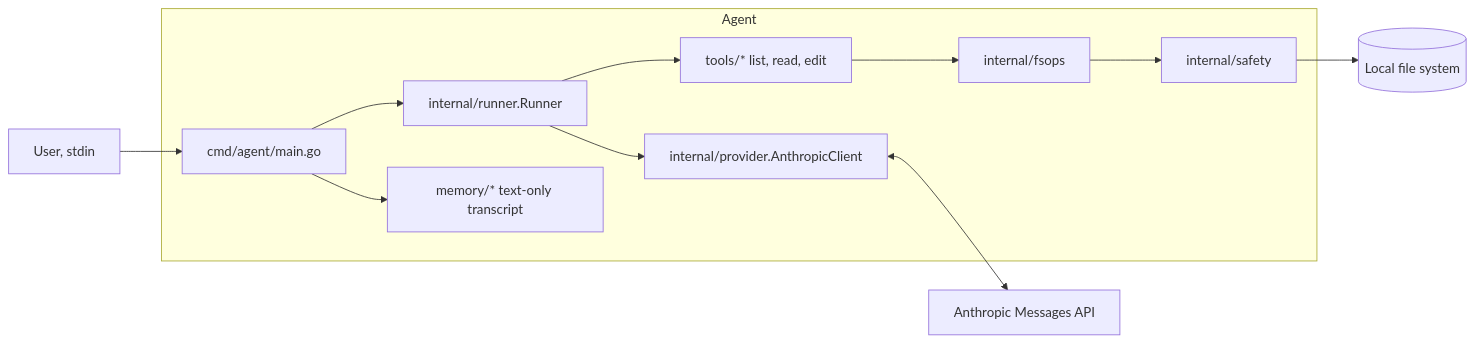
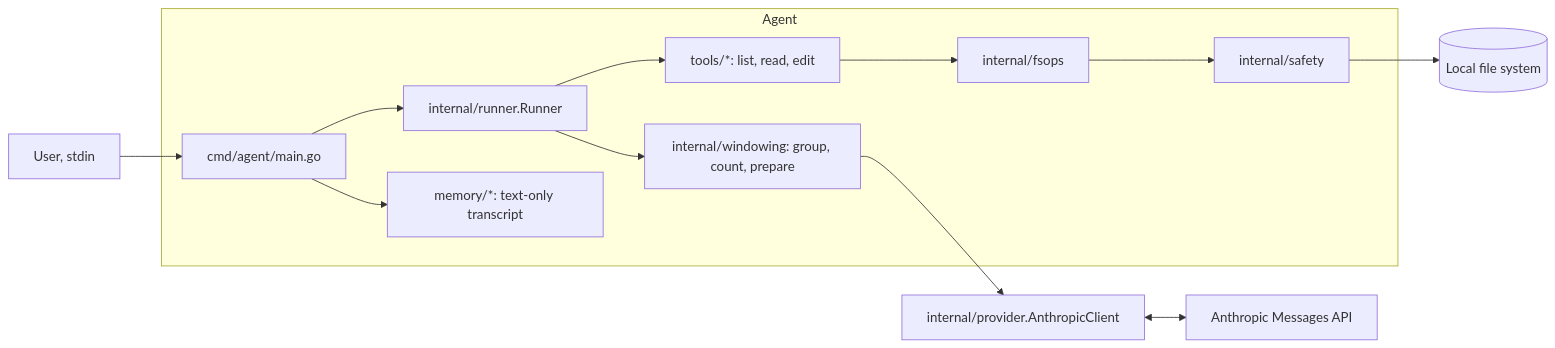
One commit to petasbytes/go-agent changed the diagram in README.md. Above: the diagram before and after it, drawn with Mermaid. The commit also changed other lines of this file, not shown here.

Commit message:
readme: document windowing/budgeting; add env vars; update architecture

````diff
--- a/README.md
+++ b/README.md
@@ -125,14 +126,15 @@
 ```mermaid
 flowchart LR
   U[User, stdin] --> CLI[cmd/agent/main.go]
   subgraph Agent
     CLI --> RUN[internal/runner.Runner]
-    RUN --> PROV[internal/provider.AnthropicClient]
-    RUN --> TOOLS[tools/* list, read, edit]
+    RUN --> WIN[internal/windowing: group, count, prepare]
+    RUN --> TOOLS[tools/*: list, read, edit]
     TOOLS --> FSOPS[internal/fsops]
     FSOPS --> SAFETY[internal/safety]
-    CLI --> MEM[memory/* text-only transcript]
+    CLI --> MEM[memory/*: text-only transcript]
   end
+  WIN --> PROV[internal/provider.AnthropicClient]
   PROV <--> API[Anthropic Messages API]
   SAFETY --> FS[(Local file system)]
 ```
````
